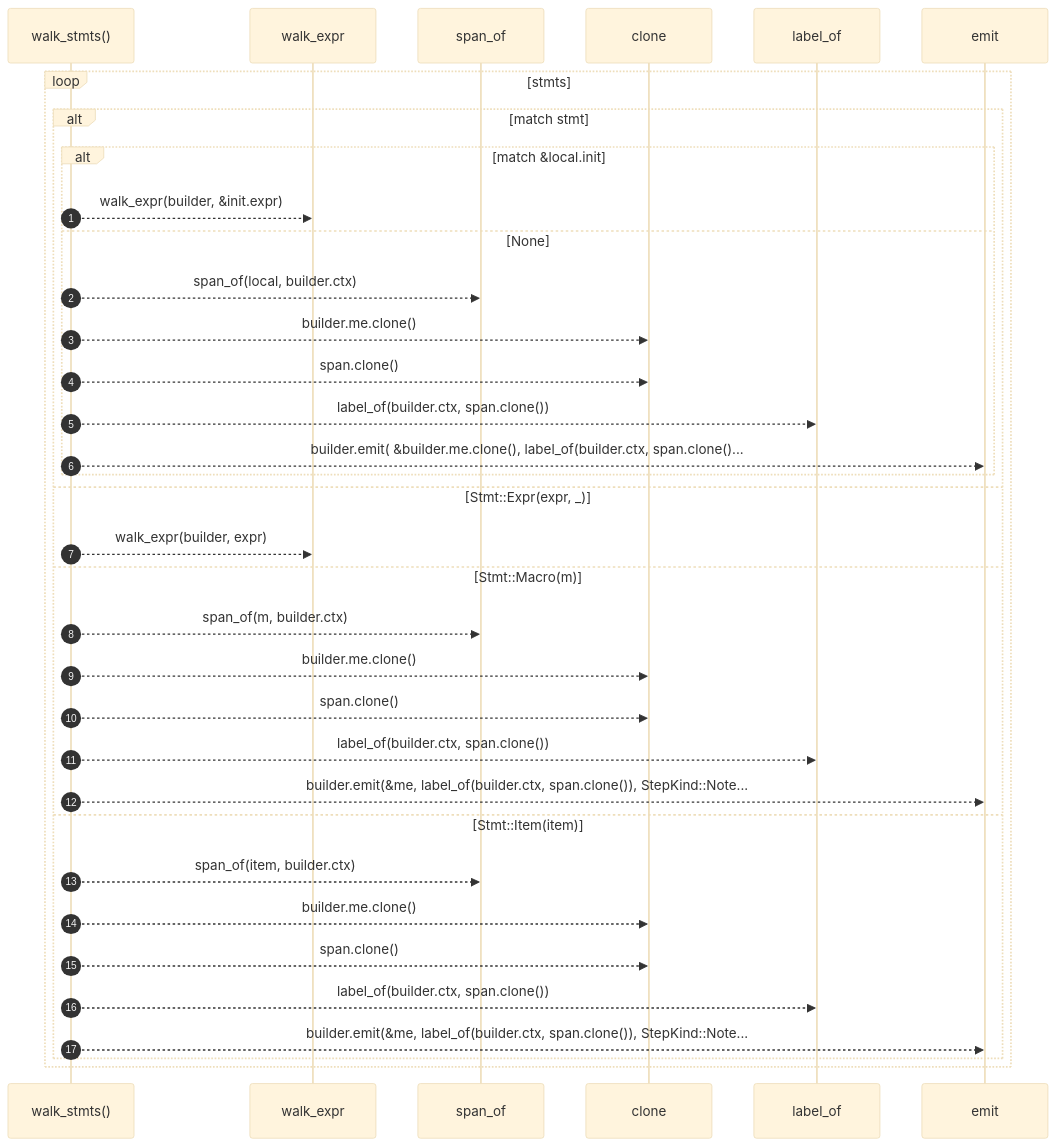
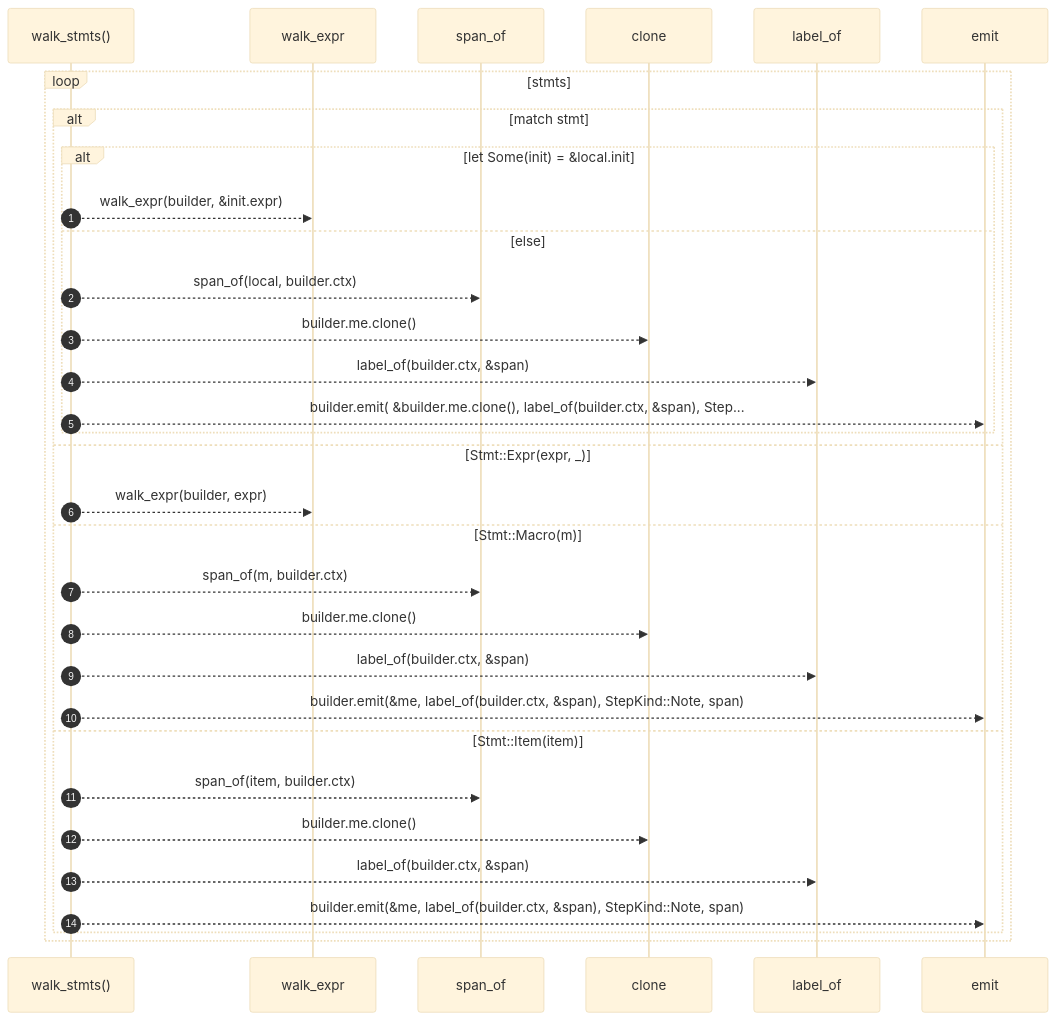
The diagram in docs/self-model/robby_extract/rust/walk-stmts.md (RyanGuild/self-describing-code), drawn with Mermaid (base theme) before and after one commit. The commit also changed other lines of this file and 747 other files, not shown here.

````diff
--- a/docs/self-model/robby_extract/rust/walk-stmts.md
+++ b/docs/self-model/robby_extract/rust/walk-stmts.md
@@ -44,37 +45,34 @@
 ```mermaid
 sequenceDiagram
     autonumber
     participant walk_stmts as walk_stmts()
     participant walk_expr as walk_expr
     participant span_of as span_of
     participant clone as clone
     participant label_of as label_of
     participant emit as emit
     loop stmts
     alt match stmt
-    alt match &local.init
+    alt let Some(init) = &local.init
     walk_stmts-->>walk_expr: walk_expr(builder, &init.expr)
-    else None
+    else else
     walk_stmts-->>span_of: span_of(local, builder.ctx)
     walk_stmts-->>clone: builder.me.clone()
-    walk_stmts-->>clone: span.clone()
-    walk_stmts-->>label_of: label_of(builder.ctx, span.clone())
-    walk_stmts-->>emit: builder.emit( &builder.me.clone(), label_of(builder.ctx, span.clone()...
+    walk_stmts-->>label_of: label_of(builder.ctx, &span)
+    walk_stmts-->>emit: builder.emit( &builder.me.clone(), label_of(builder.ctx, &span), Step...
     end
     else Stmt::Expr(expr, _)
     walk_stmts-->>walk_expr: walk_expr(builder, expr)
     else Stmt::Macro(m)
     walk_stmts-->>span_of: span_of(m, builder.ctx)
     walk_stmts-->>clone: builder.me.clone()
-    walk_stmts-->>clone: span.clone()
-    walk_stmts-->>label_of: label_of(builder.ctx, span.clone())
-    walk_stmts-->>emit: builder.emit(&me, label_of(builder.ctx, span.clone()), StepKind::Note...
+    walk_stmts-->>label_of: label_of(builder.ctx, &span)
+    walk_stmts-->>emit: builder.emit(&me, label_of(builder.ctx, &span), StepKind::Note, span)
     else Stmt::Item(item)
     walk_stmts-->>span_of: span_of(item, builder.ctx)
     walk_stmts-->>clone: builder.me.clone()
-    walk_stmts-->>clone: span.clone()
-    walk_stmts-->>label_of: label_of(builder.ctx, span.clone())
-    walk_stmts-->>emit: builder.emit(&me, label_of(builder.ctx, span.clone()), StepKind::Note...
+    walk_stmts-->>label_of: label_of(builder.ctx, &span)
+    walk_stmts-->>emit: builder.emit(&me, label_of(builder.ctx, &span), StepKind::Note, span)
     end
     end
 ```
````
